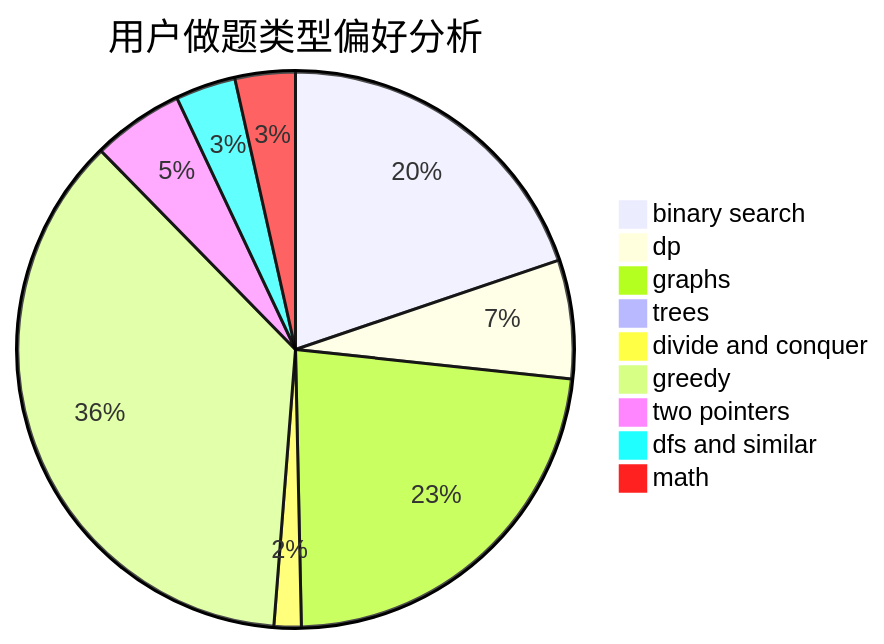
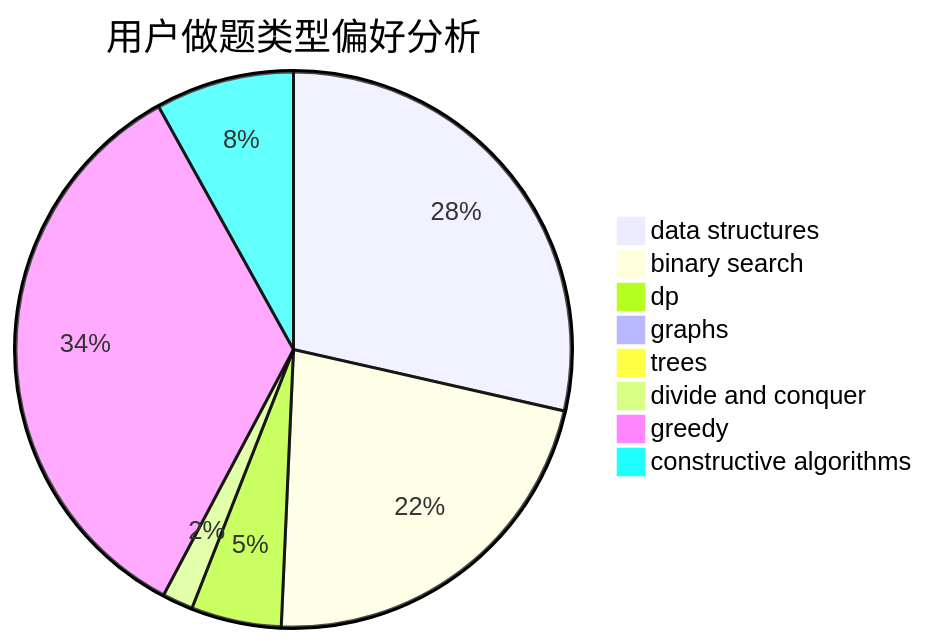
One commit to sherpahu/cfrs.github.io changed the second of 3 diagrams in docs/user/u2239.md. Above: the diagram before and after it, drawn with Mermaid. The commit also changed other lines of this file and 2775 other files, not shown here.

````diff
--- a/docs/user/u2239.md
+++ b/docs/user/u2239.md
@@ -23,12 +23,11 @@
 ```mermaid
 pie title 用户做题类型偏好分析
-    "binary search" :  175
-    "dp" :  61
-    "graphs" :  203
-    "trees" :  7
+    "data structures" :  223
+    "binary search" :  173
+    "dp" :  41
+    "graphs" :  3
+    "trees" :  3
     "divide and conquer" :  14
-    "greedy" :  322
-    "two pointers" :  47
-    "dfs and similar" :  31
-    "math" :  31
+    "greedy" :  267
+    "constructive algorithms" :  63
 ```
````
